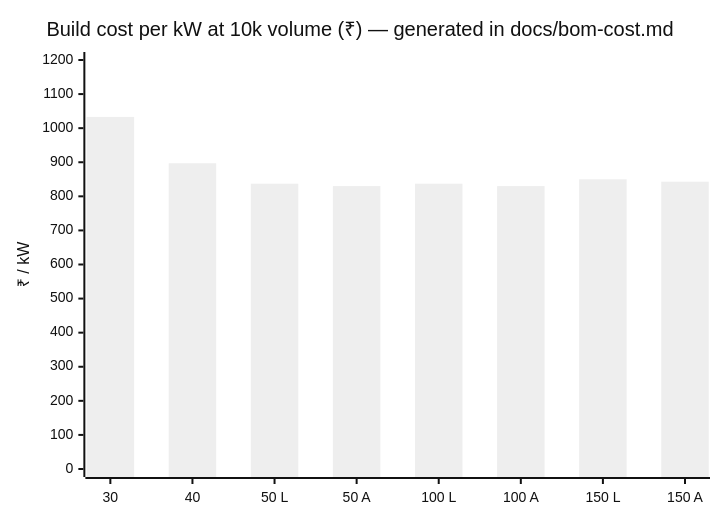
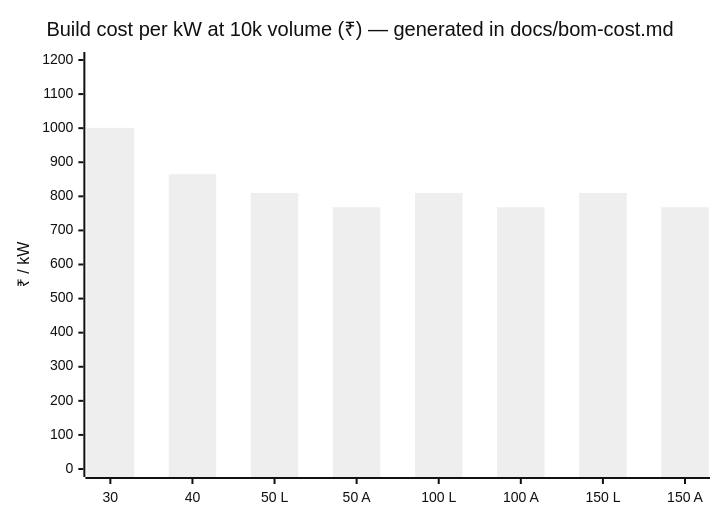
One commit to vectivolt/DC-Modules changed the first of 4 diagrams in README.md. Above: the diagram before and after it, drawn with Mermaid (neutral theme). The commit also changed other lines of this file and 121 other files, not shown here.

````diff
--- a/README.md
+++ b/README.md
@@ -49,7 +50,7 @@
 ```mermaid
 xychart-beta
   title "Build cost per kW at 10k volume (₹) — generated in docs/bom-cost.md"
   x-axis ["30", "40", "50 L", "50 A", "100 L", "100 A", "150 L", "150 A"]
   y-axis "₹ / kW" 0 --> 1200
-  bar [1033, 897, 837, 830, 837, 830, 850, 843]
+  bar [1001, 865, 810, 768, 810, 768, 810, 768]
 ```
````
